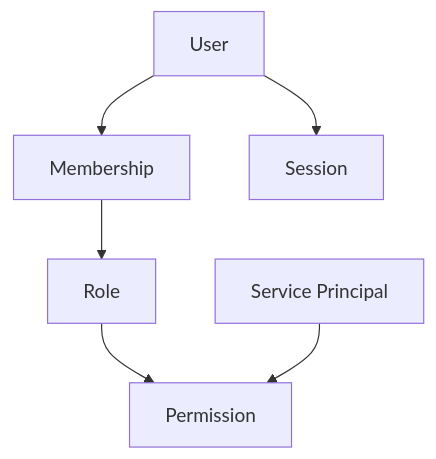
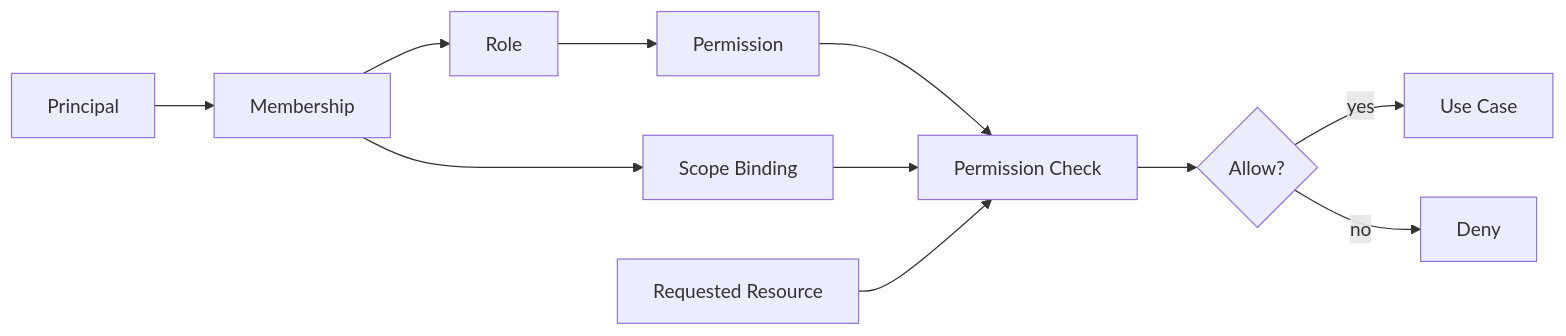
Before and after one commit to D-engahmed/OMILINKS: the second of 3 diagrams in docs/domain/identity.md, drawn with Mermaid. The commit also changed other lines of this file and 3 other files, not shown here.

````diff
--- a/docs/domain/identity.md
+++ b/docs/domain/identity.md
@@ -37,8 +79,13 @@
 ```mermaid
-flowchart TB
-USER[User] --> MEM[Membership]
-MEM --> ROLE[Role]
+flowchart LR
+P[Principal] --> M[Membership]
+M --> ROLE[Role]
 ROLE --> PERM[Permission]
-SVC[Service Principal] --> PERM
-USER --> SESSION[Session]
+M --> SCOPE[Scope Binding]
+PERM --> CHECK[Permission Check]
+SCOPE --> CHECK
+RESOURCE[Requested Resource] --> CHECK
+CHECK --> DECISION{Allow?}
+DECISION -->|yes| USE[Use Case]
+DECISION -->|no| DENY[Deny]
 ```
````
